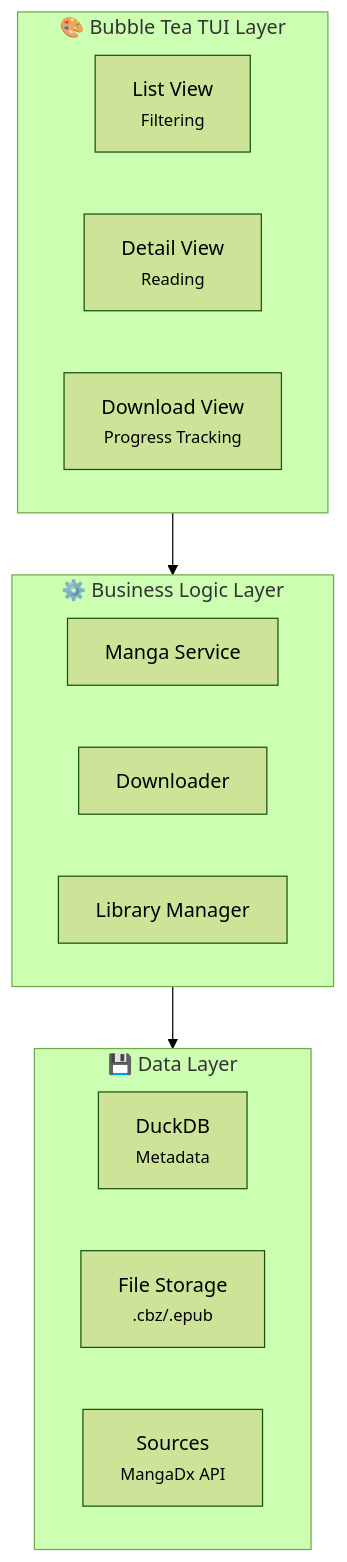
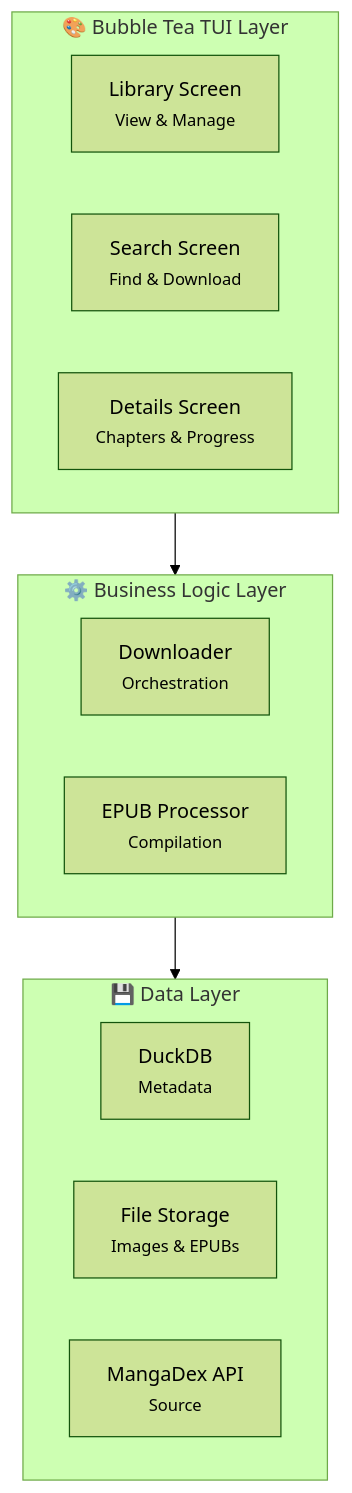
One commit to kerbaras/mangas changed the diagram in README.md. Above: the diagram before and after it, drawn with Mermaid (forest theme). The commit also changed other lines of this file and 40 other files, not shown here.

Commit message:
feat: Implement CLI commands for manga management, including search, add, download, and EPUB generation; add Makefile for build automation and testing; enhance documentation and coverage ignore settings.

````diff
--- a/README.md
+++ b/README.md
@@ -5,23 +99,22 @@
 ```mermaid
 graph TD
     subgraph UI["🎨 Bubble Tea TUI Layer"]
-        List[List View<br/><small>Filtering</small>]
-        View[Detail View<br/><small>Reading</small>]
-        Download[Download View<br/><small>Progress Tracking</small>]
+        Library[Library Screen<br/><small>View & Manage</small>]
+        Search[Search Screen<br/><small>Find & Download</small>]
+        Details[Details Screen<br/><small>Chapters & Progress</small>]
     end
     
     subgraph Logic["⚙️ Business Logic Layer"]
-        Serivce[Manga Service]
-        Manager[Downloader]
-        Library[Library Manager]
+        Downloader[Downloader<br/><small>Orchestration</small>]
+        EPUBProc[EPUB Processor<br/><small>Compilation</small>]
     end
     
     subgraph Data["💾 Data Layer"]
-        db[DuckDB<br/><small>Metadata</small>]
-        file[File Storage<br/><small>.cbz/.epub</small>]
-        API[Sources<br/><small>MangaDx API</small>]
+        DB[DuckDB<br/><small>Metadata</small>]
+        Files[File Storage<br/><small>Images & EPUBs</small>]
+        MangaDex[MangaDex API<br/><small>Source</small>]
     end
 
     UI --> Logic
     Logic --> Data
 ```
````
